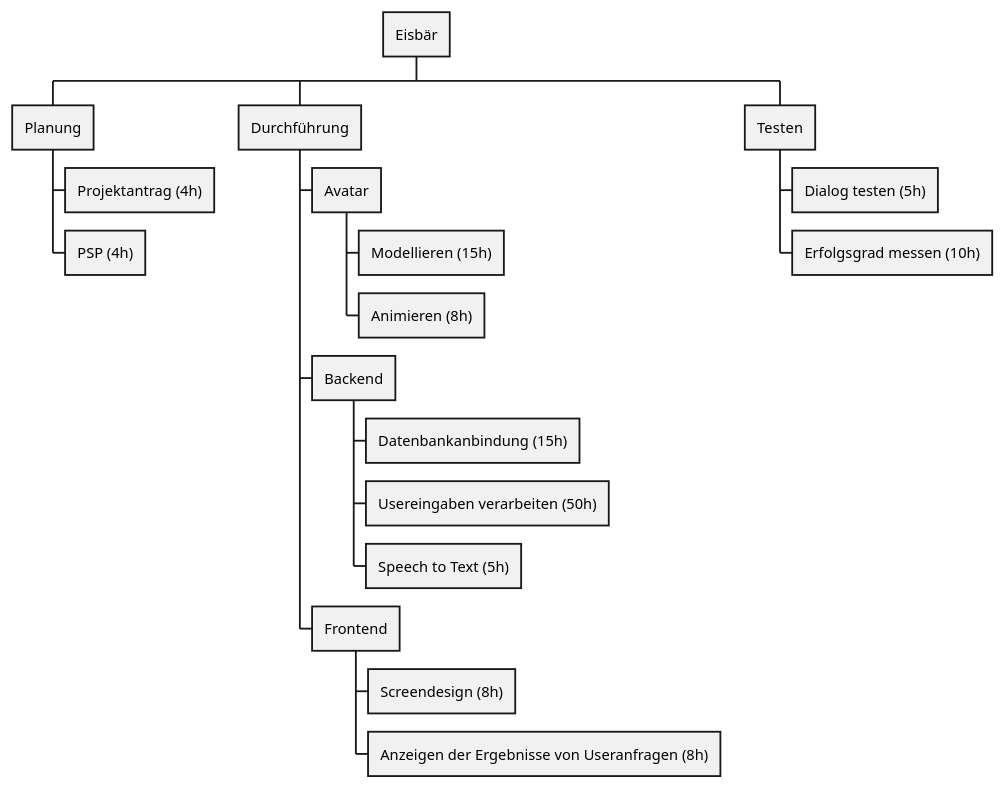
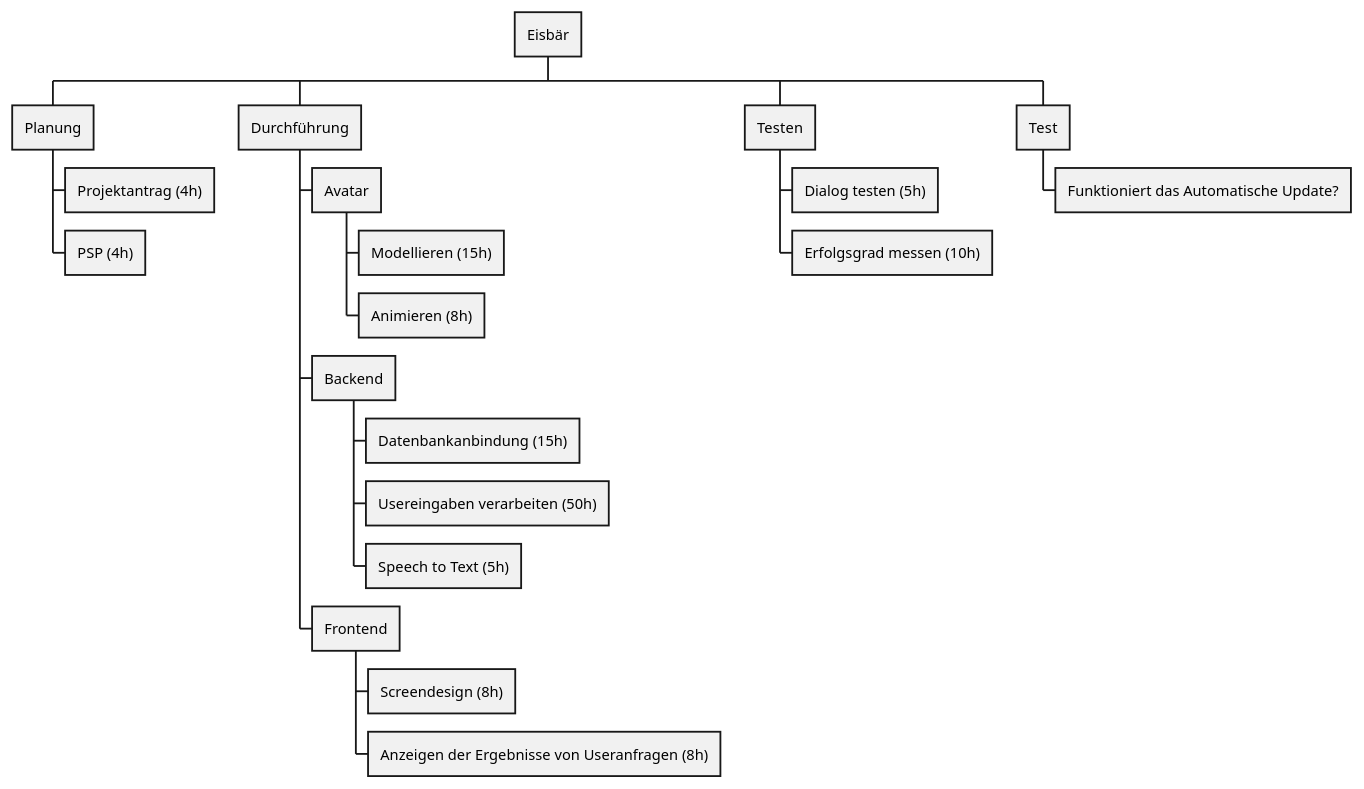
The diagram in documents/psp.puml (2425-4bhitm-itp/eisbaer), drawn with PlantUML before and after one commit.

Commit message:
changed psp.puml to test automation

```diff
--- a/documents/psp.puml
+++ b/documents/psp.puml
@@ -1,20 +1,22 @@
 @startwbs
 * Eisbär
 ** Planung
 *** Projektantrag (4h)
 *** PSP (4h)
 ** Durchführung
 *** Avatar
 **** Modellieren (15h)
 **** Animieren (8h)
 *** Backend
 **** Datenbankanbindung (15h)
 **** Usereingaben verarbeiten (50h)
 **** Speech to Text (5h)
 *** Frontend
 **** Screendesign (8h)
 **** Anzeigen der Ergebnisse von Useranfragen (8h)
 ** Testen
 *** Dialog testen (5h)
 *** Erfolgsgrad messen (10h)
+** Test
+*** Funktioniert das Automatische Update?
 @endwbs
```
